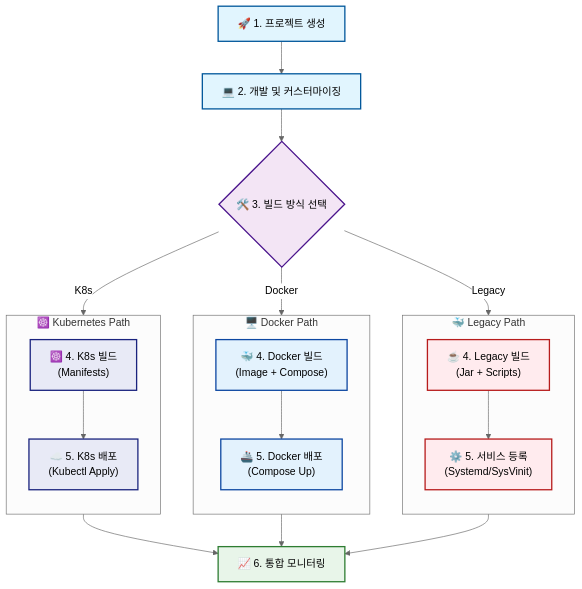
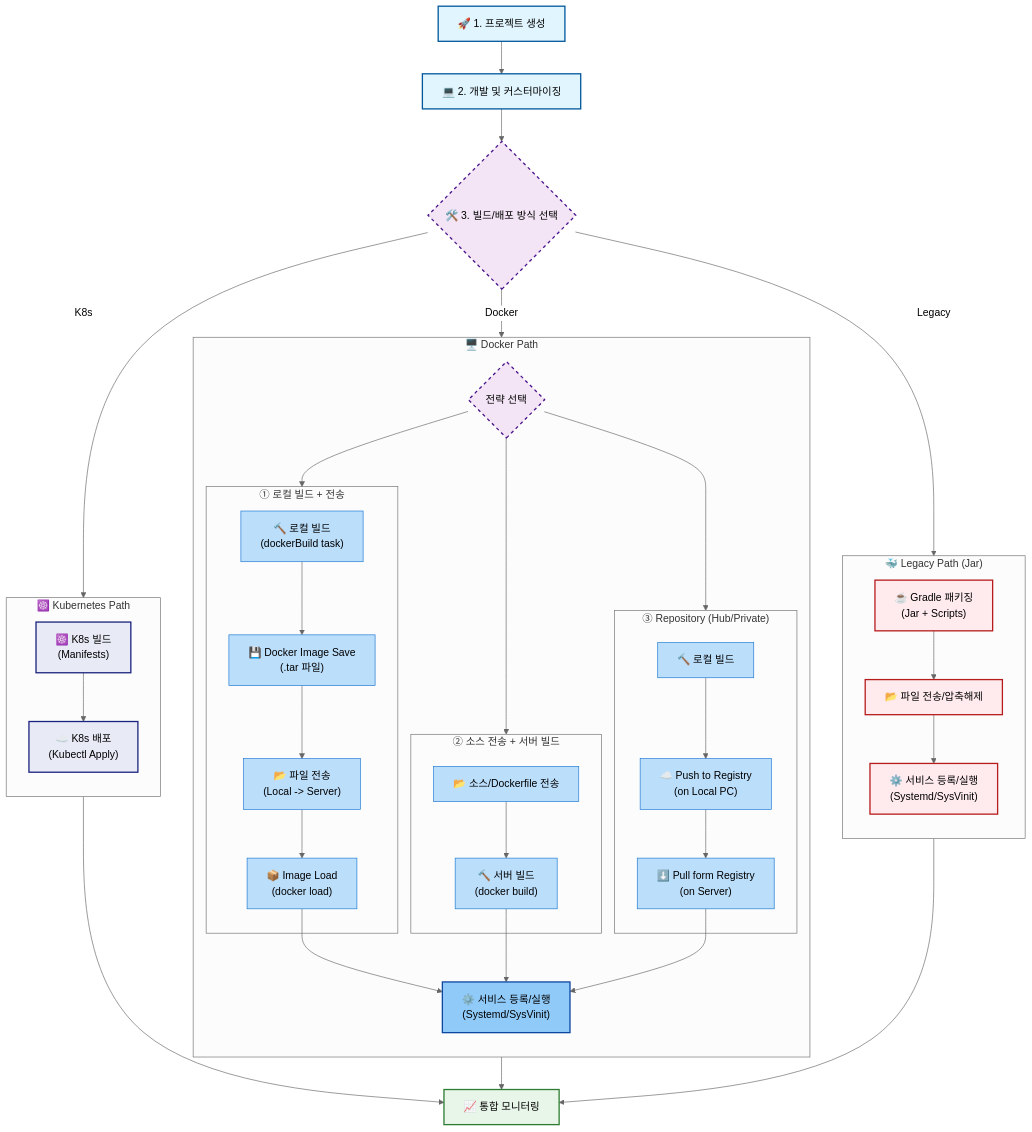
The first of 2 diagrams in README.md (MJ-Youn/build-template), drawn with Mermaid (neutral theme) before and after one commit. The commit also changed 6 other files, not shown here.

````diff
--- a/README.md
+++ b/README.md
@@ -217,50 +217,93 @@
 ```mermaid
 flowchart TD
     Start["🚀 1. 프로젝트 생성"] --> Dev["💻 2. 개발 및 커스터마이징"]
-    Dev --> BuildSelect{"🛠️ 3. 빌드 방식 선택"}
+    Dev --> BuildSelect{"🛠️ 3. 빌드/배포 방식 선택"}
 
-    %% 서브그래프 정의 (노드만 포함)
-    subgraph Legacy ["🐳 Legacy Path"]
+    %% 서브그래프: Legacy
+    subgraph Legacy ["🐳 Legacy Path (Jar)"]
         direction TB
-        LegacyBuild["☕ 4. Legacy 빌드<br/>(Jar + Scripts)"]
-        LegacyBuild --> LegacyDeploy["⚙️ 5. 서비스 등록<br/>(Systemd/SysVinit)"]
+        LegacyBuild["☕ Gradle 패키징<br/>(Jar + Scripts)"]
+        LegacyBuild --> LegacyTrans["📂 파일 전송/압축해제"]
+        LegacyTrans --> LegacyDeploy["⚙️ 서비스 등록/실행<br/>(Systemd/SysVinit)"]
     end
 
+    %% 서브그래프: Docker Strategies
     subgraph Docker ["🖥️ Docker Path"]
         direction TB
-        DockerBuild["🐳 4. Docker 빌드<br/>(Image + Compose)"]
-        DockerBuild --> DockerDeploy["🚢 5. Docker 배포<br/>(Compose Up)"]
+        DockerDecide{"전략 선택"}
+        
+        %% Strategy 1: Local Image
+        subgraph DockerOpt1 ["① 로컬 빌드 + 전송"]
+            D1_Build["🔨 로컬 빌드<br/>(dockerBuild task)"]
+            D1_Save["💾 Docker Image Save<br/>(.tar 파일)"]
+            D1_Trans["📂 파일 전송<br/>(Local -> Server)"]
+            D1_Load["📦 Image Load<br/>(docker load)"]
+            
+            D1_Build --> D1_Save --> D1_Trans --> D1_Load
+        end
+
+        %% Strategy 2: Source Transfer
+        subgraph DockerOpt2 ["② 소스 전송 + 서버 빌드"]
+            D2_Trans["📂 소스/Dockerfile 전송"]
+            D2_Build["🔨 서버 빌드<br/>(docker build)"]
+            
+            D2_Trans --> D2_Build
+        end
+
+        %% Strategy 3: Repository
+        subgraph DockerOpt3 ["③ Repository (Hub/Private)"]
+            D3_Build["🔨 로컬 빌드"]
+            D3_Push["☁️ Push to Registry<br/>(on Local PC)"]
+            D3_Pull["⬇️ Pull form Registry<br/>(on Server)"]
+            
+            D3_Build --> D3_Push --> D3_Pull
+        end
+
+        DockerDecide --> DockerOpt1
+        DockerDecide --> DockerOpt2
+        DockerDecide --> DockerOpt3
+        
+        D1_Load --> DockerService["⚙️ 서비스 등록/실행<br/>(Systemd/SysVinit)"]
+        D2_Build --> DockerService
+        D3_Pull --> DockerService
     end
 
+    %% 서브그래프: K8s
     subgraph K8s ["☸️ Kubernetes Path"]
         direction TB
-        K8sBuild["☸️ 4. K8s 빌드<br/>(Manifests)"]
-        K8sBuild --> K8sDeploy["☁️ 5. K8s 배포<br/>(Kubectl Apply)"]
+        K8sBuild["☸️ K8s 빌드<br/>(Manifests)"]
+        K8sBuild --> K8sDeploy["☁️ K8s 배포<br/>(Kubectl Apply)"]
     end
 
-    %% 서브그래프 진입/진출 연결 (외부에서 정의)
+    %% 메인 연결
     BuildSelect -->|Legacy| LegacyBuild
-    BuildSelect -->|Docker| DockerBuild
+    BuildSelect -->|Docker| DockerDecide
     BuildSelect -->|K8s| K8sBuild
 
-    LegacyDeploy --> Monitor["📈 6. 통합 모니터링"]
-    DockerDeploy --> Monitor
+    LegacyDeploy --> Monitor["📈 통합 모니터링"]
+    DockerService --> Monitor
     K8sDeploy --> Monitor
 
     %% 스타일 정의
     classDef default fill:#f9f9f9,stroke:#333,stroke-width:1px;
     classDef start fill:#E1F5FE,stroke:#01579B,stroke-width:2px,color:#000;
-    classDef process fill:#FFF3E0,stroke:#E65100,stroke-width:2px,color:#000;
-    classDef decision fill:#F3E5F5,stroke:#4A148C,stroke-width:2px,color:#000;
+    classDef decision fill:#F3E5F5,stroke:#4A148C,stroke-width:2px,color:#000,stroke-dasharray: 5 5;
     classDef legacy fill:#FFEBEE,stroke:#B71C1C,stroke-width:2px,color:#000;
     classDef docker fill:#E3F2FD,stroke:#0D47A1,stroke-width:2px,color:#000;
+    classDef docker_node fill:#BBDEFB,stroke:#1976D2,stroke-width:1px,color:#000;
+    classDef docker_service fill:#90CAF9,stroke:#0D47A1,stroke-width:2px,color:#000;
     classDef k8s fill:#E8EAF6,stroke:#1A237E,stroke-width:2px,color:#000;
     classDef endNode fill:#E8F5E9,stroke:#2E7D32,stroke-width:2px,color:#000;
 
     class Start,Dev start;
-    class BuildSelect decision;
-    class LegacyBuild,LegacyDeploy legacy;
-    class DockerBuild,DockerDeploy docker;
+    class BuildSelect,DockerDecide decision;
+    class LegacyBuild,LegacyTrans,LegacyDeploy legacy;
     class K8sBuild,K8sDeploy k8s;
     class Monitor endNode;
+    
+    %% Docker Nodes Styling
+    class D1_Build,D1_Save,D1_Trans,D1_Load docker_node;
+    class D2_Trans,D2_Build docker_node;
+    class D3_Build,D3_Push,D3_Pull docker_node;
+    class DockerService docker_service;
 ```
````
